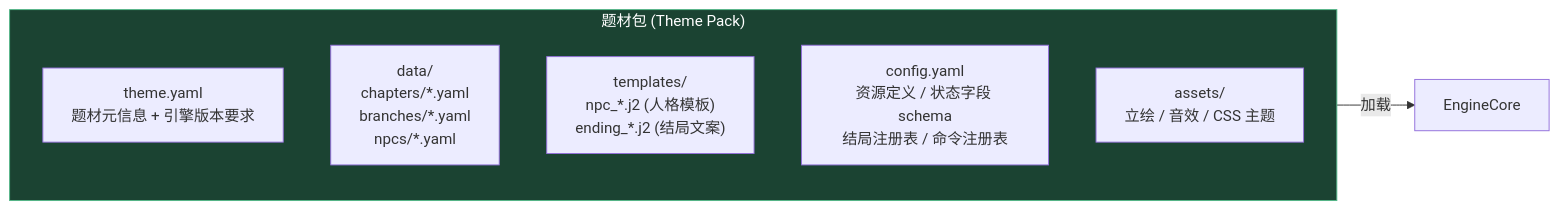
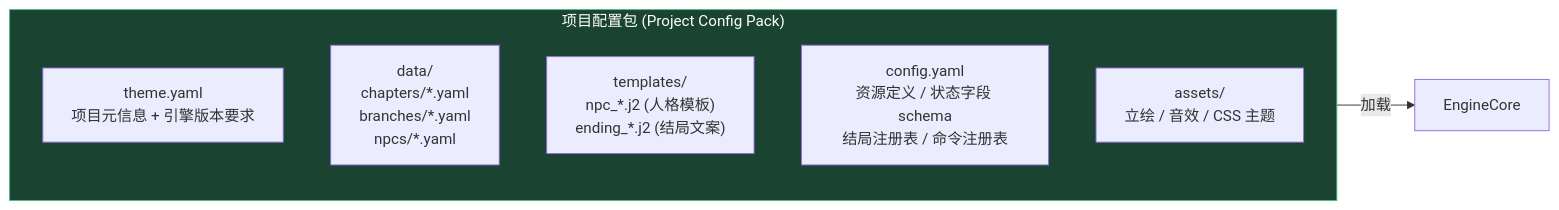
The tenth of 12 diagrams in docs/architecture/项目架构与引擎化分析报告_v1.0.md (HeDaas-Code/mars-base-sandbox), drawn with Mermaid before and after one commit. The commit also changed other lines of this file and 5 other files, not shown here.

````diff
--- a/docs/architecture/项目架构与引擎化分析报告_v1.0.md
+++ b/docs/architecture/项目架构与引擎化分析报告_v1.0.md
@@ -538,16 +541,16 @@
 ```mermaid
 flowchart LR
-    subgraph PACK["题材包 (Theme Pack)"]
+    subgraph PACK["项目配置包 (Project Config Pack)"]
         direction TB
-        MANIFEST["theme.yaml<br/>题材元信息 + 引擎版本要求"]
+        MANIFEST["theme.yaml<br/>项目元信息 + 引擎版本要求"]
         DATA["data/<br/>chapters/*.yaml<br/>branches/*.yaml<br/>npcs/*.yaml"]
         TEMPLATES["templates/<br/>npc_*.j2 (人格模板)<br/>ending_*.j2 (结局文案)"]
         CONFIG["config.yaml<br/>资源定义 / 状态字段 schema<br/>结局注册表 / 命令注册表"]
         ASSETS["assets/<br/>立绘 / 音效 / CSS 主题"]
     end
 
     PACK -->|"加载"| ENGINE[EngineCore]
 
     classDef pack fill:#1b4332,stroke:#52b788,color:#fff
     class PACK pack
 ```
````
